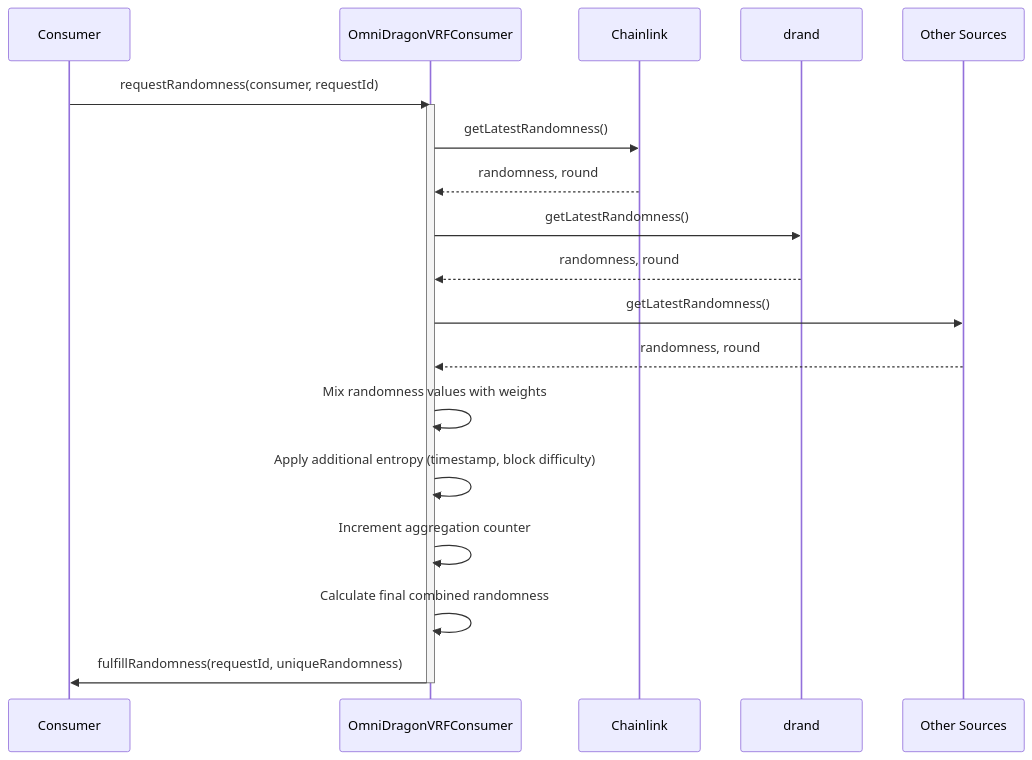
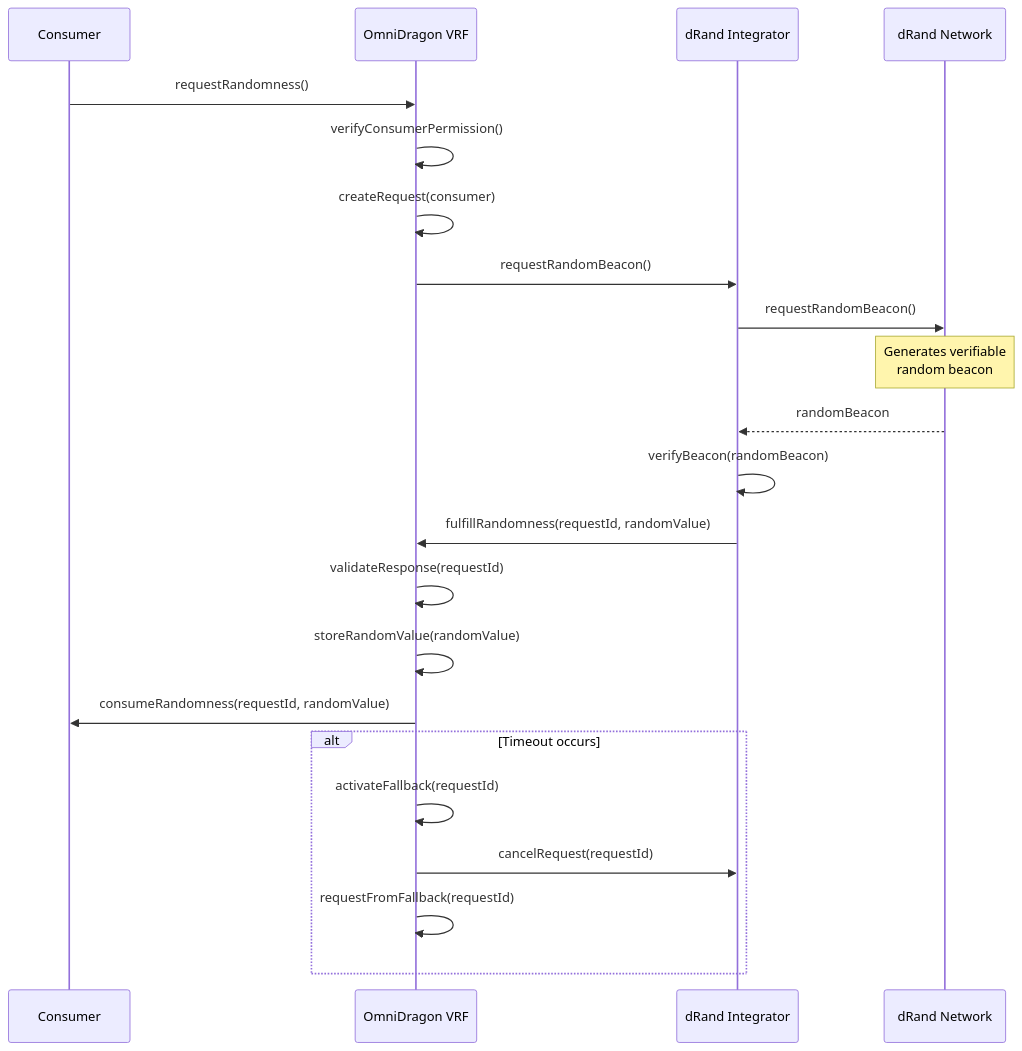
The second of 3 diagrams in docs/contracts/randomness/vrf-consumer.md (wenakita/sonicreddragon-docs), drawn with Mermaid before and after one commit. The commit also changed other lines of this file and 3 other files, not shown here.

````diff
--- a/docs/contracts/randomness/vrf-consumer.md
+++ b/docs/contracts/randomness/vrf-consumer.md
@@ -134,26 +116,31 @@
 ```mermaid
 sequenceDiagram
     participant Consumer
-    participant VRFConsumer as OmniDragonVRFConsumer
-    participant Source1 as Chainlink
-    participant Source2 as drand
-    participant Source3 as Other Sources
+    participant VRFConsumer as OmniDragon VRF
+    participant Integrator as dRand Integrator
+    participant Network as dRand Network
     
-    Consumer->>VRFConsumer: requestRandomness(consumer, requestId)
-    activate VRFConsumer
+    Consumer->>VRFConsumer: requestRandomness()
     
-    VRFConsumer->>Source1: getLatestRandomness()
-    Source1-->>VRFConsumer: randomness, round
-    VRFConsumer->>Source2: getLatestRandomness()
-    Source2-->>VRFConsumer: randomness, round
-    VRFConsumer->>Source3: getLatestRandomness()
-    Source3-->>VRFConsumer: randomness, round
+    VRFConsumer->>VRFConsumer: verifyConsumerPermission()
+    VRFConsumer->>VRFConsumer: createRequest(consumer)
+    VRFConsumer->>Integrator: requestRandomBeacon()
     
-    VRFConsumer->>VRFConsumer: Mix randomness values with weights
-    VRFConsumer->>VRFConsumer: Apply additional entropy (timestamp, block difficulty)
-    VRFConsumer->>VRFConsumer: Increment aggregation counter
-    VRFConsumer->>VRFConsumer: Calculate final combined randomness
+    Integrator->>Network: requestRandomBeacon()
     
-    VRFConsumer->>Consumer: fulfillRandomness(requestId, uniqueRandomness)
-    deactivate VRFConsumer
+    Note over Network: Generates verifiable<br>random beacon
+    
+    Network-->>Integrator: randomBeacon
+    Integrator->>Integrator: verifyBeacon(randomBeacon)
+    Integrator->>VRFConsumer: fulfillRandomness(requestId, randomValue)
+    
+    VRFConsumer->>VRFConsumer: validateResponse(requestId)
+    VRFConsumer->>VRFConsumer: storeRandomValue(randomValue)
+    VRFConsumer->>Consumer: consumeRandomness(requestId, randomValue)
+    
+    alt Timeout occurs
+        VRFConsumer->>VRFConsumer: activateFallback(requestId)
+        VRFConsumer->>Integrator: cancelRequest(requestId)
+        VRFConsumer->>VRFConsumer: requestFromFallback(requestId)
+    end
 ```
````
